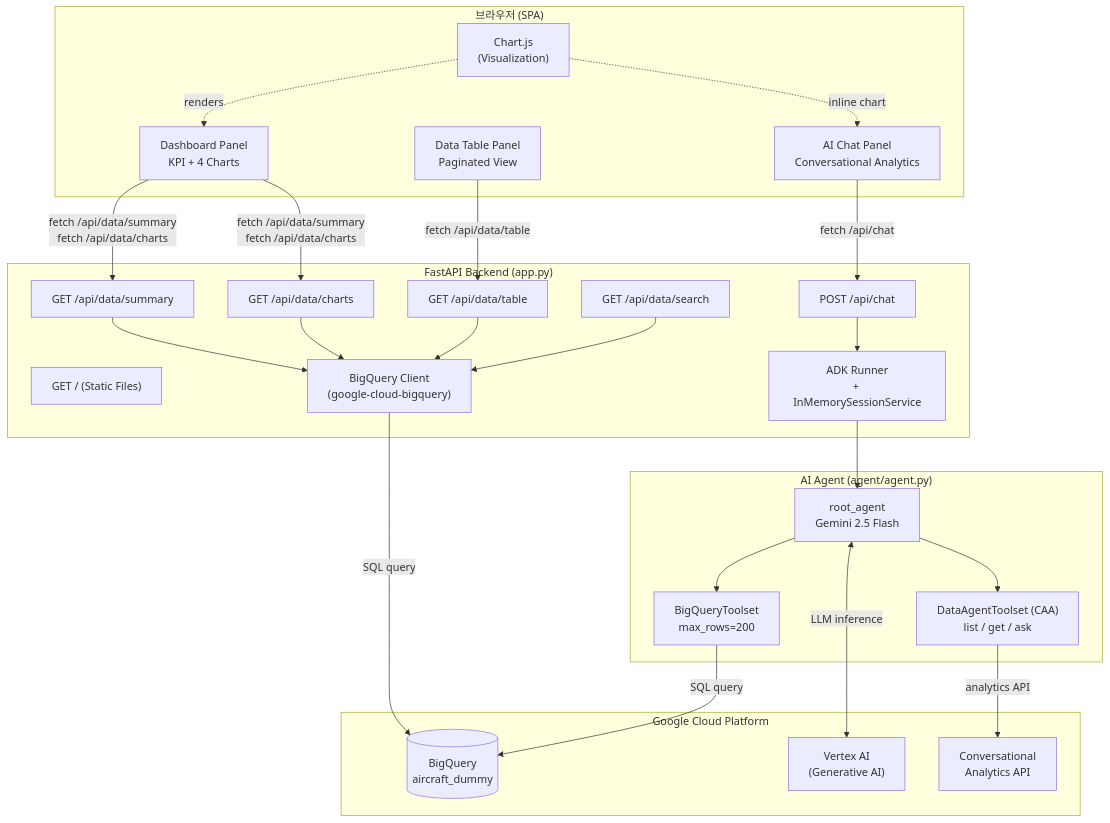
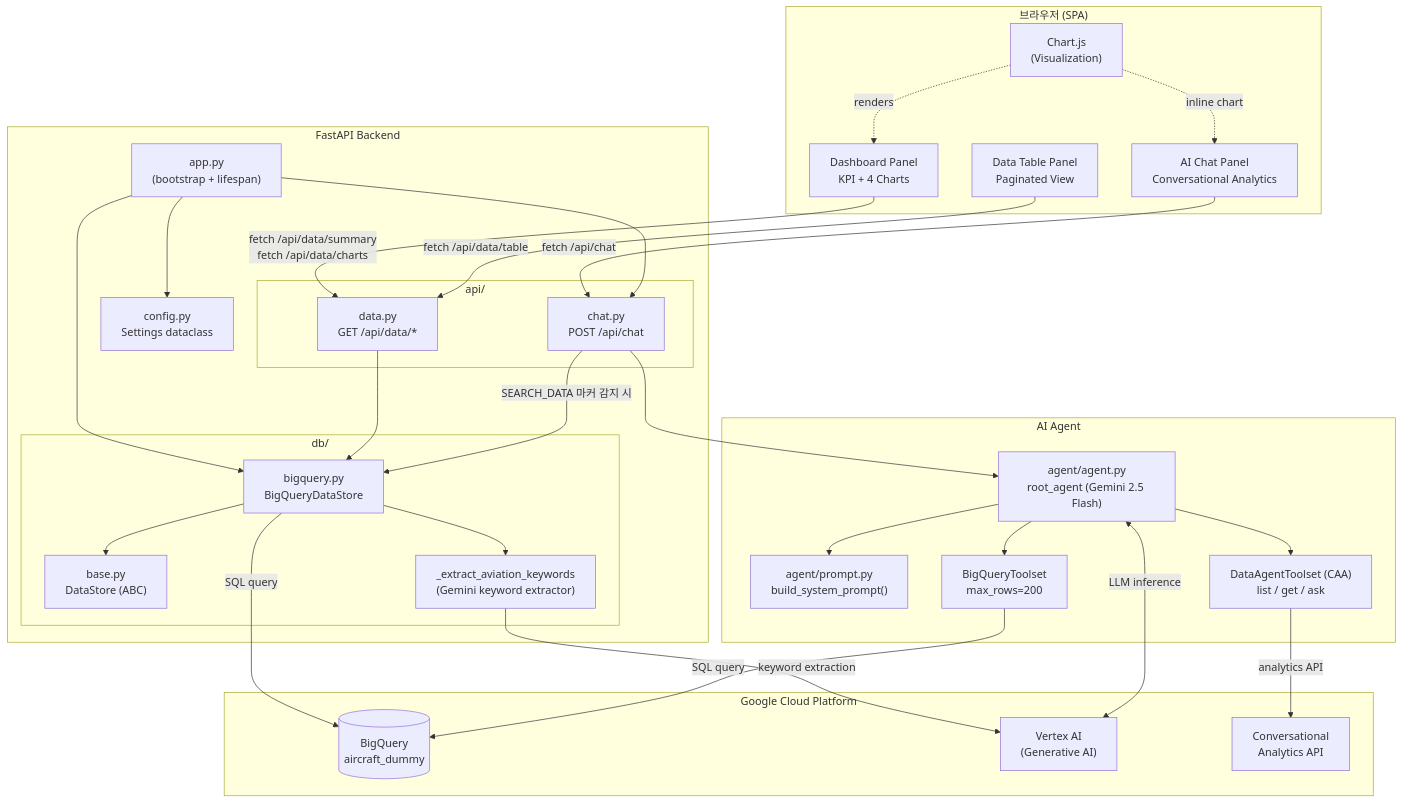
One commit to seoeunbae/aircraft-intelligence-dashboard changed the first of 5 diagrams in ARCHITECTURE.md. Above: the diagram before and after it, drawn with Mermaid. The commit also changed other lines of this file and 1 other file, not shown here.

Commit message:
docs : update architecture docs and guide to reflect layered architecture

````diff
--- a/ARCHITECTURE.md
+++ b/ARCHITECTURE.md
@@ -55,51 +46,65 @@
 ```mermaid
 graph TB
     subgraph Browser["브라우저 (SPA)"]
         UI_DASH["Dashboard Panel<br/>KPI + 4 Charts"]
         UI_TABLE["Data Table Panel<br/>Paginated View"]
         UI_CHAT["AI Chat Panel<br/>Conversational Analytics"]
         CHARTJS["Chart.js<br/>(Visualization)"]
     end
 
-    subgraph Backend["FastAPI Backend (app.py)"]
-        EP_SUMMARY["GET /api/data/summary"]
-        EP_CHARTS["GET /api/data/charts"]
-        EP_TABLE["GET /api/data/table"]
-        EP_SEARCH["GET /api/data/search"]
-        EP_CHAT["POST /api/chat"]
-        EP_SPA["GET / (Static Files)"]
-        BQ_CLIENT["BigQuery Client<br/>(google-cloud-bigquery)"]
-        ADK_RUNNER["ADK Runner<br/>+ InMemorySessionService"]
+    subgraph Backend["FastAPI Backend"]
+        APP["app.py<br/>(bootstrap + lifespan)"]
+        CFG["config.py<br/>Settings dataclass"]
+
+        subgraph API["api/"]
+            EP_DATA["data.py<br/>GET /api/data/*"]
+            EP_CHAT["chat.py<br/>POST /api/chat"]
+        end
+
+        subgraph DB["db/"]
+            DS_BASE["base.py<br/>DataStore (ABC)"]
+            DS_BQ["bigquery.py<br/>BigQueryDataStore"]
+            KW_EXT["_extract_aviation_keywords<br/>(Gemini keyword extractor)"]
+        end
     end
 
-    subgraph AgentLayer["AI Agent (agent/agent.py)"]
-        ROOT_AGENT["root_agent<br/>Gemini 2.5 Flash"]
+    subgraph AgentLayer["AI Agent"]
+        ROOT_AGENT["agent/agent.py<br/>root_agent (Gemini 2.5 Flash)"]
+        PROMPT["agent/prompt.py<br/>build_system_prompt()"]
         BQ_TOOLSET["BigQueryToolset<br/>max_rows=200"]
         DA_TOOLSET["DataAgentToolset (CAA)<br/>list / get / ask"]
     end
 
     subgraph GCP["Google Cloud Platform"]
         BQ[("BigQuery<br/>aircraft_dummy")]
         VERTEXAI["Vertex AI<br/>(Generative AI)"]
         CAA["Conversational<br/>Analytics API"]
     end
 
-    UI_DASH -->|"fetch /api/data/summary<br/>fetch /api/data/charts"| EP_SUMMARY & EP_CHARTS
-    UI_TABLE -->|"fetch /api/data/table"| EP_TABLE
+    UI_DASH -->|"fetch /api/data/summary<br/>fetch /api/data/charts"| EP_DATA
+    UI_TABLE -->|"fetch /api/data/table"| EP_DATA
     UI_CHAT -->|"fetch /api/chat"| EP_CHAT
 
-    EP_SUMMARY & EP_CHARTS & EP_TABLE & EP_SEARCH --> BQ_CLIENT
-    EP_CHAT --> ADK_RUNNER
-    ADK_RUNNER --> ROOT_AGENT
+    APP --> CFG
+    APP --> DS_BQ
+    APP --> EP_CHAT
 
+    EP_DATA --> DS_BQ
+    EP_CHAT --> ROOT_AGENT
+    EP_CHAT -->|"SEARCH_DATA 마커 감지 시"| DS_BQ
+
+    DS_BQ --> DS_BASE
+    DS_BQ --> KW_EXT
+    ROOT_AGENT --> PROMPT
     ROOT_AGENT --> BQ_TOOLSET
     ROOT_AGENT --> DA_TOOLSET
 
-    BQ_CLIENT -->|SQL query| BQ
+    DS_BQ -->|SQL query| BQ
+    KW_EXT -->|keyword extraction| VERTEXAI
     BQ_TOOLSET -->|SQL query| BQ
     DA_TOOLSET -->|analytics API| CAA
     ROOT_AGENT <-->|LLM inference| VERTEXAI
 
     CHARTJS -.->|renders| UI_DASH
     CHARTJS -.->|inline chart| UI_CHAT
 ```
````
